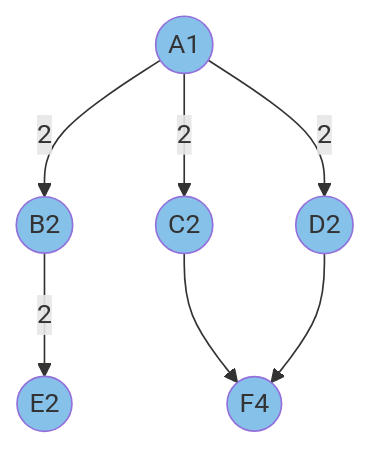
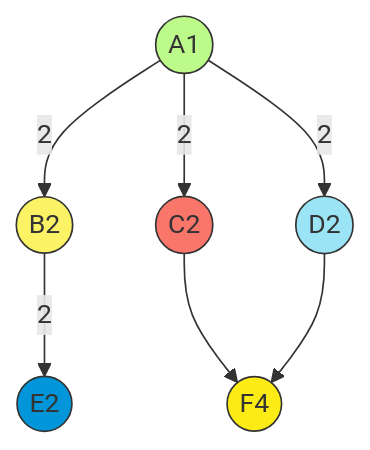
Before and after one commit to Chaklader/part-of-speech-tagging: the first of 13 diagrams in C_4.md, drawn with Mermaid. The commit also changed other lines of this file, not shown here.

````diff
--- a/C_4.md
+++ b/C_4.md
@@ -205,16 +205,17 @@
 ```mermaid
 graph TD
     A((A1)) -->|2| B((B2))
     A -->|2| C((C2))
     A -->|2| D((D2))
     B -->|2| E((E2))
     C --> F((F4))
     D --> F
 
-style A fill:#85C1E9
-style B fill:#85C1E9
-style C fill:#85C1E9
-style D fill:#85C1E9
-style E fill:#85C1E9
-style F fill:#85C1E9
+    style A fill:#BCFB89,stroke:#333,stroke-width:1px
+    style B fill:#FBF266,stroke:#333,stroke-width:1px
+    style C fill:#FA756A,stroke:#333,stroke-width:1px
+    style D fill:#9AE4F5,stroke:#333,stroke-width:1px
+    style E fill:#0096D9,stroke:#333,stroke-width:1px
+    style F fill:#FCEB14,stroke:#333,stroke-width:1px
+
 ```
````
